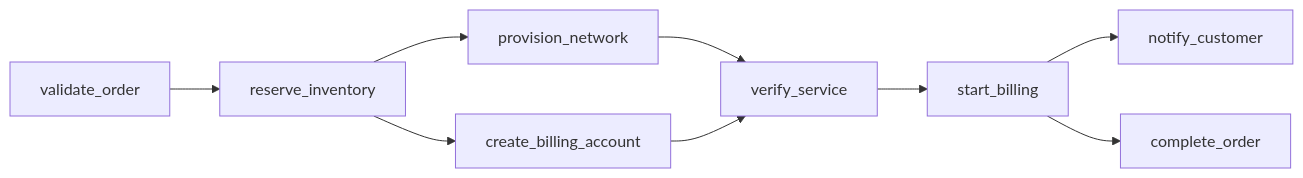
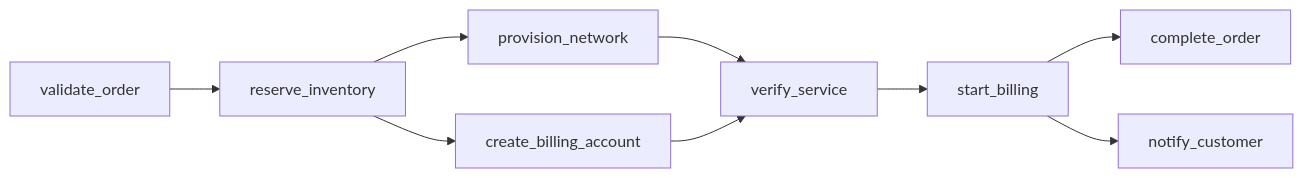
One commit to SYS-SharedBuilds/Agnitia_Hackathon changed the second of 2 diagrams in ARCHITECTURE.md. Above: the diagram before and after it, drawn with Mermaid. The commit also changed other lines of this file and 7 other files, not shown here.

Commit message:
docs: sync architecture, tasks, rules, and agents guides with v2 specifications

````diff
--- a/ARCHITECTURE.md
+++ b/ARCHITECTURE.md
@@ -111,11 +119,11 @@
 ```mermaid
 flowchart LR
   V[validate_order] --> R[reserve_inventory]
   R --> N[provision_network]
   R --> B[create_billing_account]
   N --> VS[verify_service]
   B --> VS
   VS --> SB[start_billing]
+  SB --> CO[complete_order]
   SB --> NC[notify_customer]
-  SB --> CO[complete_order]
 ```
````
